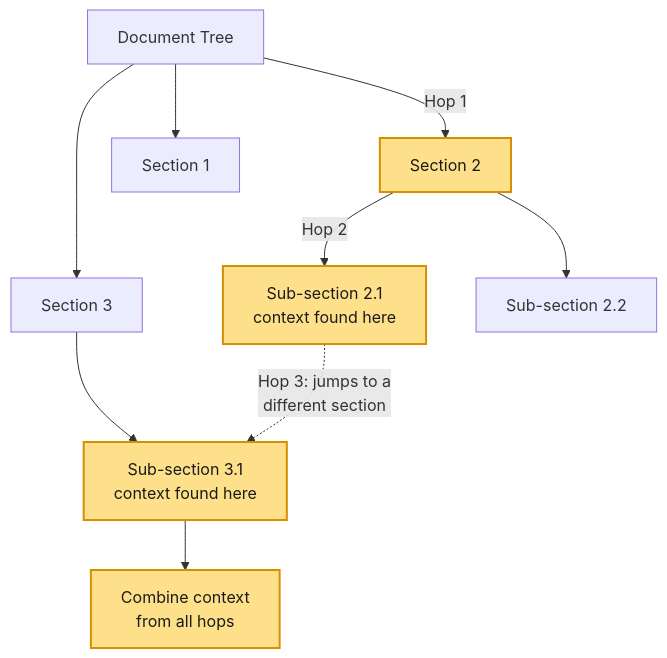
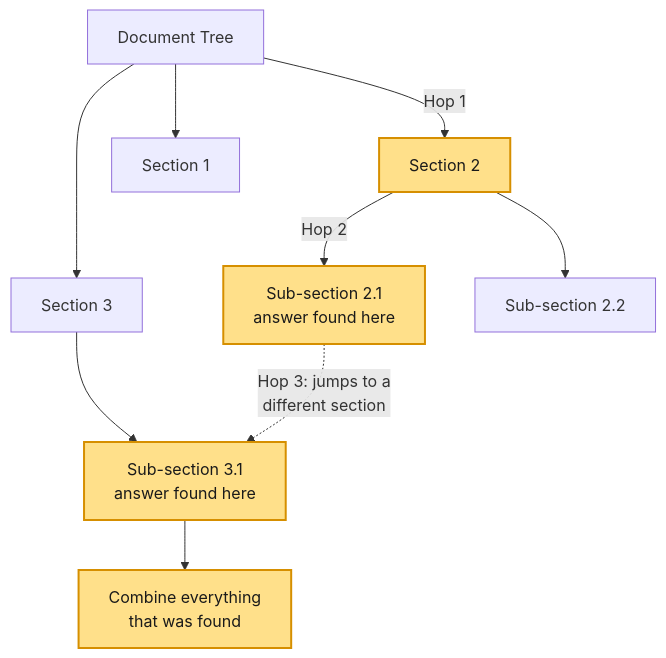
The second of 3 diagrams in lab2/lab2_vectorless_rag_advanced.md (AyushSinghRana15/Vectorless-RAG), drawn with Mermaid before and after one commit. The commit also changed other lines of this file and 1 other file, not shown here.

````diff
--- a/lab2/lab2_vectorless_rag_advanced.md
+++ b/lab2/lab2_vectorless_rag_advanced.md
@@ -11,20 +65,20 @@
 ```mermaid
 flowchart TD
     Root[Document Tree]
     Root -->|Hop 1| S2[Section 2]
     Root --> S1[Section 1]
     Root --> S3[Section 3]
 
-    S2 -->|Hop 2| S2a[Sub-section 2.1<br/>context found here]
+    S2 -->|Hop 2| S2a[Sub-section 2.1<br/>answer found here]
     S2 --> S2b[Sub-section 2.2]
 
-    S3 --> S3a[Sub-section 3.1<br/>context found here]
+    S3 --> S3a[Sub-section 3.1<br/>answer found here]
 
     S2a -.->|Hop 3: jumps to a<br/>different section| S3a
 
-    S3a --> Combine[Combine context<br/>from all hops]
+    S3a --> Combine[Combine everything<br/>that was found]
 
     class S2,S2a,S3a,Combine hop
 
     classDef hop fill:#ffe08a,stroke:#d68f00,stroke-width:2px,color:#1a1a1a;
 ```
````
